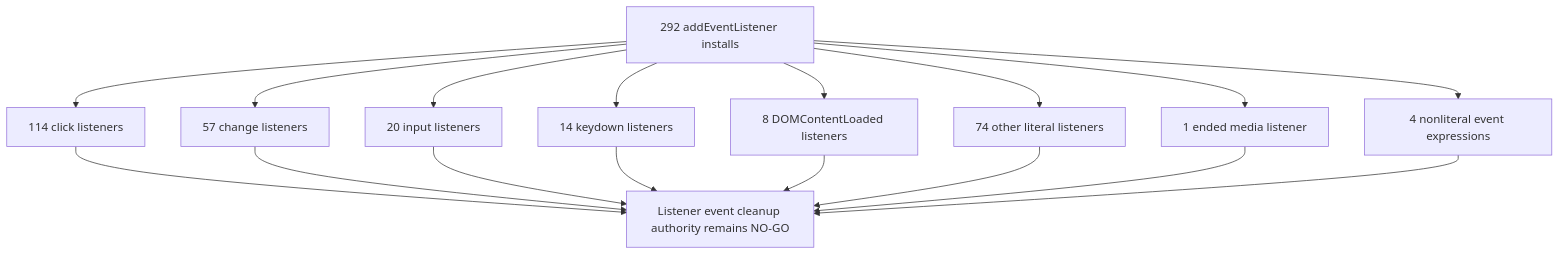
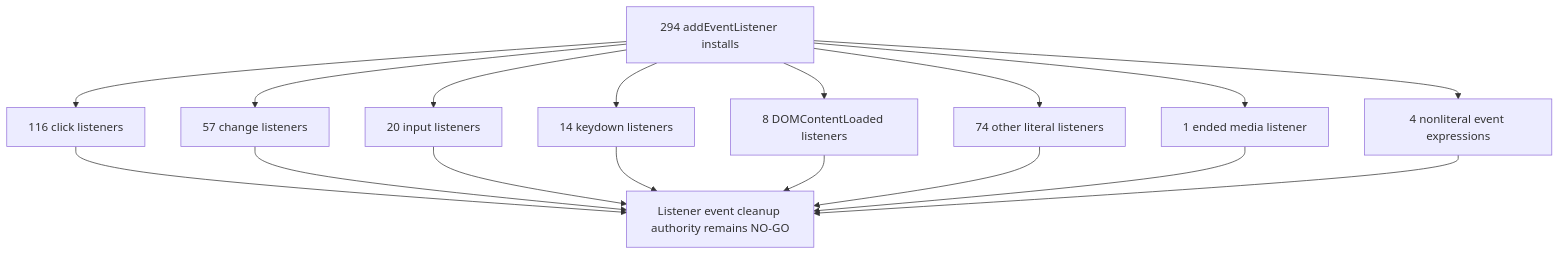
The third of 47 diagrams in docs/audit/FILTERTUBE_LIFECYCLE_INSTANCE_REGISTER_2026-05-18.md (varshneydevansh/FilterTube), drawn with Mermaid before and after one commit. The commit also changed other lines of this file and 619 other files, not shown here.

````diff
--- a/docs/audit/FILTERTUBE_LIFECYCLE_INSTANCE_REGISTER_2026-05-18.md
+++ b/docs/audit/FILTERTUBE_LIFECYCLE_INSTANCE_REGISTER_2026-05-18.md
@@ -270,19 +270,19 @@
 ```mermaid
 flowchart TD
-  A["292 addEventListener installs"] --> B["114 click listeners"]
+  A["294 addEventListener installs"] --> B["116 click listeners"]
   A --> C["57 change listeners"]
   A --> D["20 input listeners"]
   A --> E["14 keydown listeners"]
   A --> F["8 DOMContentLoaded listeners"]
   A --> G["74 other literal listeners"]
   A --> H["1 ended media listener"]
   A --> I["4 nonliteral event expressions"]
   B --> J["Listener event cleanup authority remains NO-GO"]
   C --> J
   D --> J
   E --> J
   F --> J
   G --> J
   H --> J
   I --> J
 ```
````
